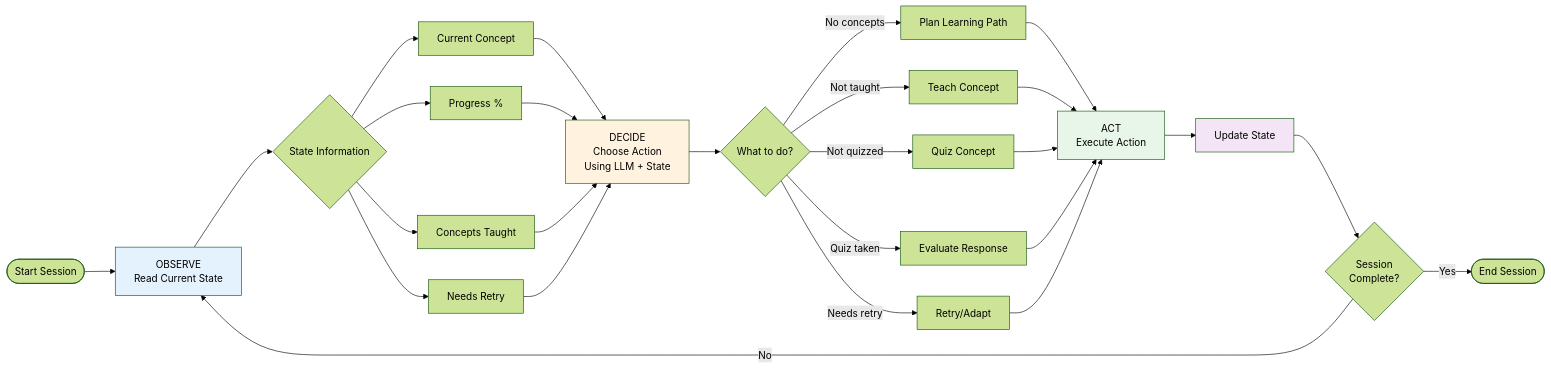
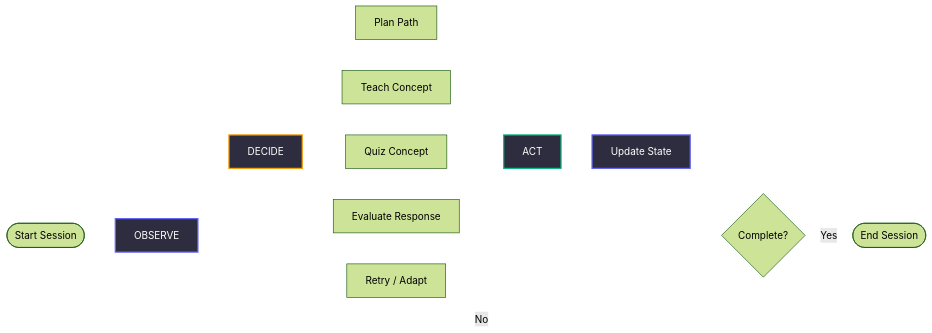
The third of 6 diagrams in ARCHITECTURE.md (ebinzacharias/ez-agentic-study-buddy), drawn with Mermaid (forest theme) before and after one commit. The commit also changed other lines of this file and 1 other file, not shown here.

````diff
--- a/ARCHITECTURE.md
+++ b/ARCHITECTURE.md
@@ -319,44 +317,31 @@
 ```mermaid
 flowchart LR
-    Start([Start Session]) --> Observe[OBSERVE<br/>Read Current State]
+    style Observe fill:#2D2D3F,stroke:#6366F1,stroke-width:2px,color:#FFFFFF
+    style Decide fill:#2D2D3F,stroke:#F59E0B,stroke-width:2px,color:#FFFFFF
+    style Act fill:#2D2D3F,stroke:#10B981,stroke-width:2px,color:#FFFFFF
+    style UpdateState fill:#2D2D3F,stroke:#6366F1,stroke-width:2px,color:#FFFFFF
+
+    linkStyle default stroke:#FFFFFF,stroke-width:2px
+
+    Start([Start Session]) --> Observe[OBSERVE]
     
-    Observe --> ObserveData{State Information}
-    ObserveData --> Current[Current Concept]
-    ObserveData --> Progress[Progress %]
-    ObserveData --> Taught[Concepts Taught]
-    ObserveData --> Retry[Needs Retry]
+    Observe --> Decide[DECIDE]
     
-    Current --> Decide
-    Progress --> Decide
-    Taught --> Decide
-    Retry --> Decide
+    Decide --> Plan[Plan Path]
+    Decide --> Teach[Teach Concept]
+    Decide --> Quiz[Quiz Concept]
+    Decide --> Evaluate[Evaluate Response]
+    Decide --> Adapt[Retry / Adapt]
     
-    Decide[DECIDE<br/>Choose Action<br/>Using LLM + State]
-    
-    Decide --> ActionDecision{What to do?}
-    
-    ActionDecision -->|No concepts| Plan[Plan Learning Path]
-    ActionDecision -->|Not taught| Teach[Teach Concept]
-    ActionDecision -->|Not quizzed| Quiz[Quiz Concept]
-    ActionDecision -->|Quiz taken| Evaluate[Evaluate Response]
-    ActionDecision -->|Needs retry| Adapt[Retry/Adapt]
-    
-    Plan --> Act
+    Plan --> Act[ACT]
     Teach --> Act
     Quiz --> Act
     Evaluate --> Act
     Adapt --> Act
     
-    Act[ACT<br/>Execute Action]
-    
     Act --> UpdateState[Update State]
-    UpdateState --> CheckComplete{Session<br/>Complete?}
+    UpdateState --> CheckComplete{Complete?}
     
     CheckComplete -->|No| Observe
     CheckComplete -->|Yes| End([End Session])
-    
-    style Observe fill:#e3f2fd
-    style Decide fill:#fff3e0
-    style Act fill:#e8f5e9
-    style UpdateState fill:#f3e5f5
 ```
````
